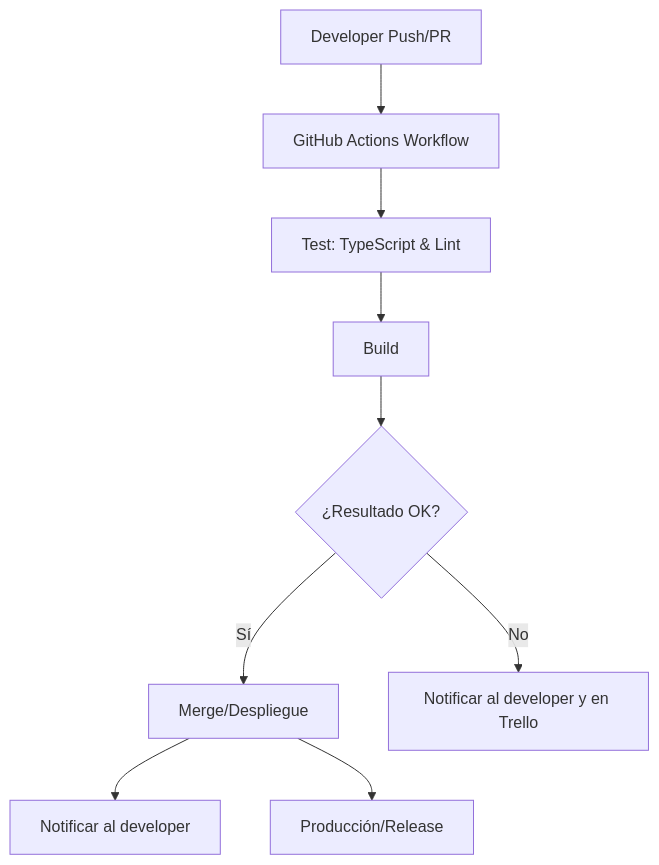
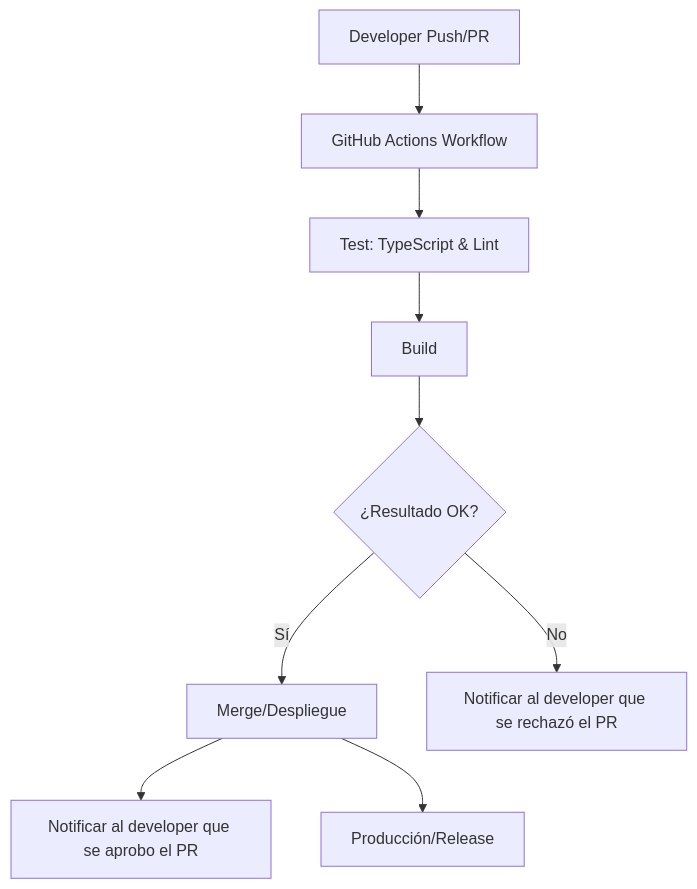
The first of 2 diagrams in README.md (juli-sz/prueba-ic-wtk), drawn with Mermaid before and after one commit.

````diff
--- a/README.md
+++ b/README.md
@@ -44,21 +44,21 @@
 ```mermaid
 flowchart TD
     A[Developer Push/PR]
     B[GitHub Actions Workflow]
     C[Test: TypeScript & Lint]
     D[Build]
     E{¿Resultado OK?}
     F[Merge/Despliegue]
-    G[Notificar al developer]
-    H[Notificar al developer y en Trello]
+    G[Notificar al developer que se aprobo el PR]
+    H[Notificar al developer que se rechazó el PR]
     I[Producción/Release]
 
     A --> B
     B --> C
     C --> D
     D --> E
     E -- Sí --> F
     F --> G
     E -- No --> H
     F --> I
 ```
````
